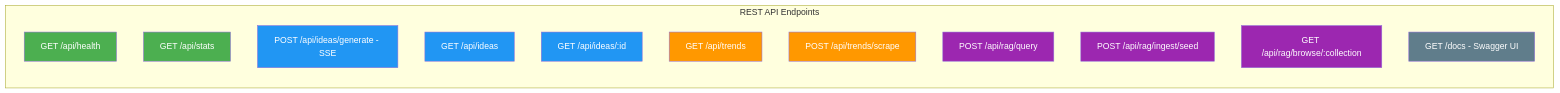
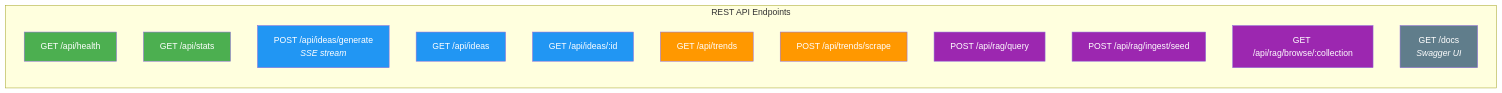
One commit to soumyachk101/IdeaForge changed the fifth of 7 diagrams in README.md. Above: the diagram before and after it, drawn with Mermaid. The commit also changed other lines of this file, not shown here.

````diff
--- a/README.md
+++ b/README.md
@@ -455,29 +281,29 @@
 ```mermaid
 graph LR
     subgraph ENDPOINTS["REST API Endpoints"]
         direction TB
         H["GET /api/health"]
         S["GET /api/stats"]
-        IG["POST /api/ideas/generate - SSE"]
+        IG["POST /api/ideas/generate<br/><i>SSE stream</i>"]
         IL["GET /api/ideas"]
         IID["GET /api/ideas/:id"]
         TL["GET /api/trends"]
         TS["POST /api/trends/scrape"]
         RQ["POST /api/rag/query"]
         RI["POST /api/rag/ingest/seed"]
         RB["GET /api/rag/browse/:collection"]
-        DOC["GET /docs - Swagger UI"]
+        DOC["GET /docs<br/><i>Swagger UI</i>"]
     end
 
     style H fill:#4CAF50,color:#fff
     style S fill:#4CAF50,color:#fff
     style IG fill:#2196F3,color:#fff
     style IL fill:#2196F3,color:#fff
     style IID fill:#2196F3,color:#fff
     style TL fill:#FF9800,color:#fff
     style TS fill:#FF9800,color:#fff
     style RQ fill:#9C27B0,color:#fff
     style RI fill:#9C27B0,color:#fff
     style RB fill:#9C27B0,color:#fff
     style DOC fill:#607D8B,color:#fff
 ```
````
